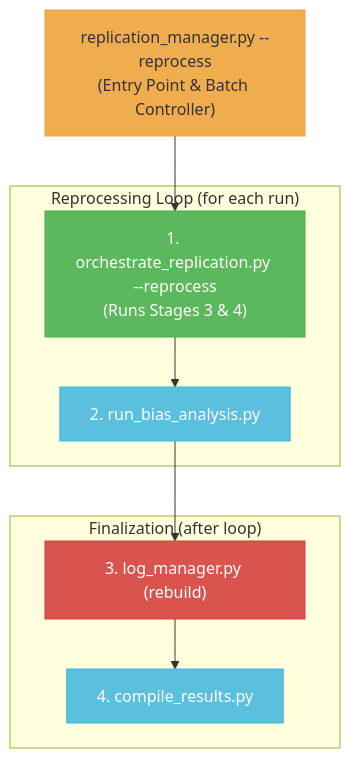
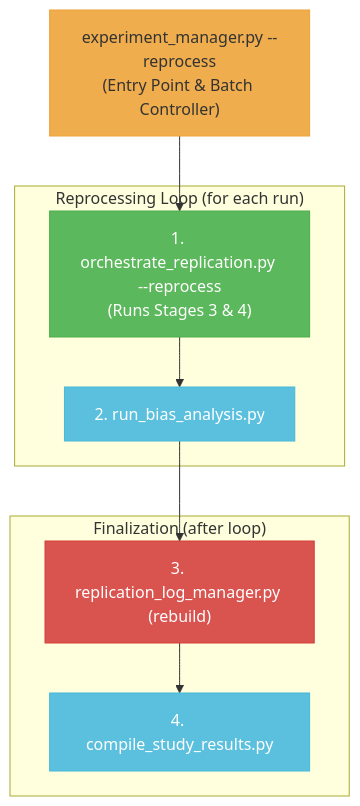
Before and after one commit to peterjmarko/llm-narrative-framework: the diagram in docs/diagrams/architecture_workflow_3_reprocess.mmd, drawn with Mermaid. The commit also changed other lines of this file and 66 other files, not shown here.

```diff
--- a/docs/diagrams/architecture_workflow_3_reprocess.mmd
+++ b/docs/diagrams/architecture_workflow_3_reprocess.mmd
@@ -1,32 +1,32 @@
 graph TD
     %% Define Nodes
-    EntryPoint["replication_manager.py --reprocess<br/>(Entry Point & Batch Controller)"]:::entry
+    EntryPoint["experiment_manager.py --reprocess<br/>(Entry Point & Batch Controller)"]:::entry
     
     Orchestrate["1. orchestrate_replication.py --reprocess<br/>(Runs Stages 3 & 4)"]:::layer_green
     BiasAnalysis["2. run_bias_analysis.py"]:::script
     
-    LogManager["3. log_manager.py (rebuild)"]:::danger
-    CompileResults["4. compile_results.py"]:::script
+    LogManager["3. replication_log_manager.py (rebuild)"]:::danger
+    CompileResults["4. compile_study_results.py"]:::script
 
     %% Define Connections
     EntryPoint --> Orchestrate
     Orchestrate --> BiasAnalysis
     BiasAnalysis --> LogManager
     LogManager --> CompileResults
 
     %% Group Nodes into Subgraphs
     subgraph "Reprocessing Loop (for each run)"
         Orchestrate
         BiasAnalysis
     end
 
     subgraph "Finalization (after loop)"
         LogManager
         CompileResults
     end
 
     %% Styling
     classDef entry fill:#f0ad4e,stroke:#eea236,color:#333;
     classDef layer_green fill:#5cb85c,stroke:#4cae4c,color:#fff;
     classDef script fill:#5bc0de,stroke:#46b8da,color:#fff;
     classDef danger fill:#d9534f,stroke:#d43f3a,color:#fff;
```
